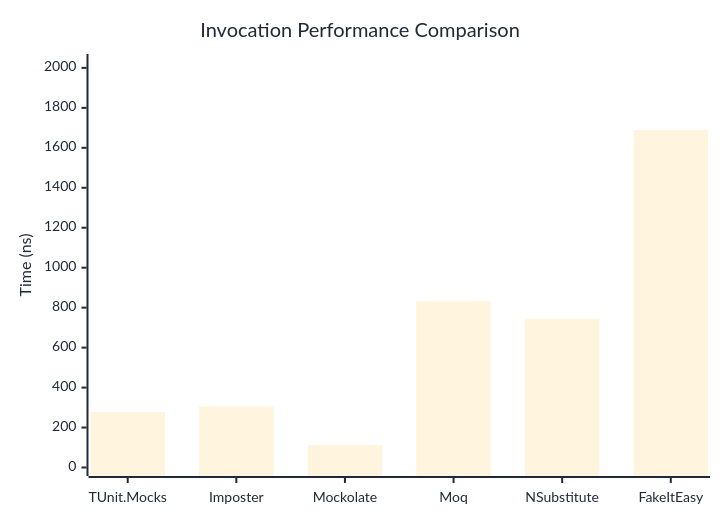
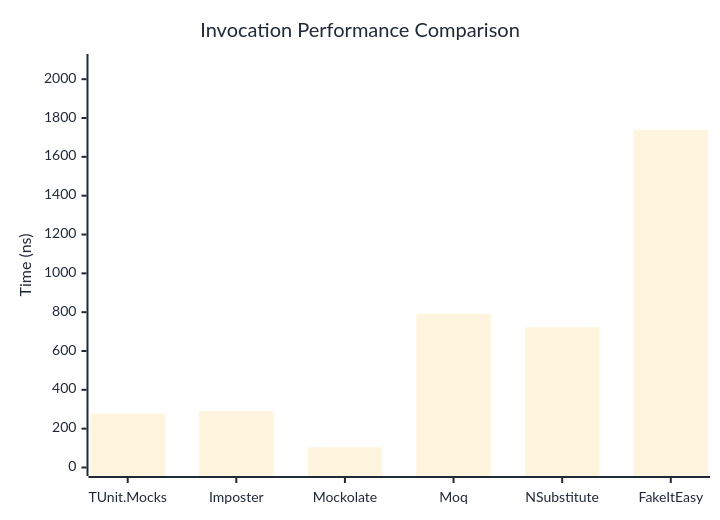
One commit to thomhurst/TUnit changed the first of 3 diagrams in docs/docs/benchmarks/mocks/Invocation.md. Above: the diagram before and after it, drawn with Mermaid. The commit also changed other lines of this file and 14 other files, not shown here.

````diff
--- a/docs/docs/benchmarks/mocks/Invocation.md
+++ b/docs/docs/benchmarks/mocks/Invocation.md
@@ -30,27 +30,27 @@
 ```mermaid
 %%{init: {
   'theme':'base',
   'themeVariables': {
     'primaryColor': '#2563eb',
     'primaryTextColor': '#1f2937',
     'primaryBorderColor': '#1e40af',
     'lineColor': '#6b7280',
     'secondaryColor': '#7c3aed',
     'tertiaryColor': '#dc2626',
     'background': '#ffffff',
     'pie1': '#2563eb',
     'pie2': '#7c3aed',
     'pie3': '#dc2626',
     'pie4': '#f59e0b',
     'pie5': '#10b981',
     'pie6': '#06b6d4',
     'pie7': '#ec4899',
     'pie8': '#6366f1'
   }
 }}%%
 xychart-beta
   title "Invocation Performance Comparison"
   x-axis ["TUnit.Mocks", "Imposter", "Mockolate", "Moq", "NSubstitute", "FakeItEasy"]
-  y-axis "Time (ns)" 0 --> 2027
-  bar [278.3, 305.6, 111.9, 831.1, 744.5, 1688.6]
+  y-axis "Time (ns)" 0 --> 2086
+  bar [277.74, 290.32, 104.55, 791.63, 722.7, 1737.95]
 ```
````
